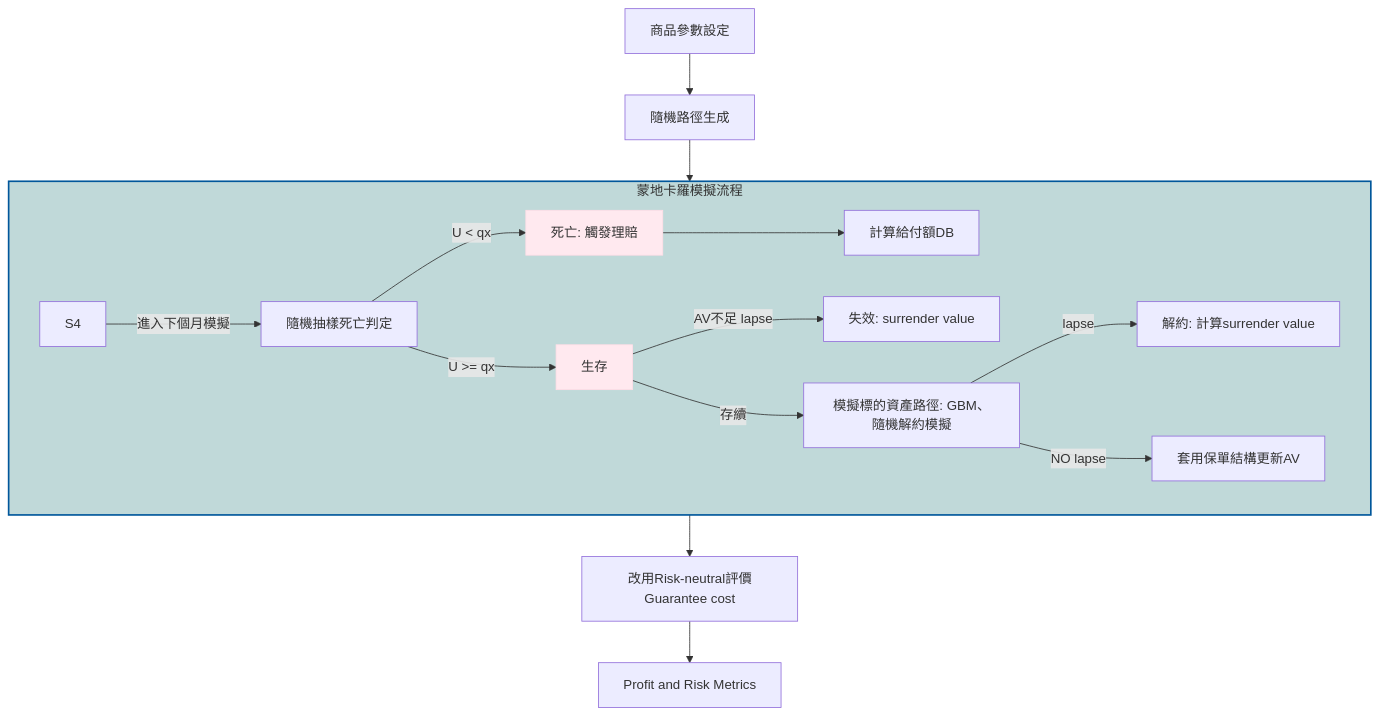
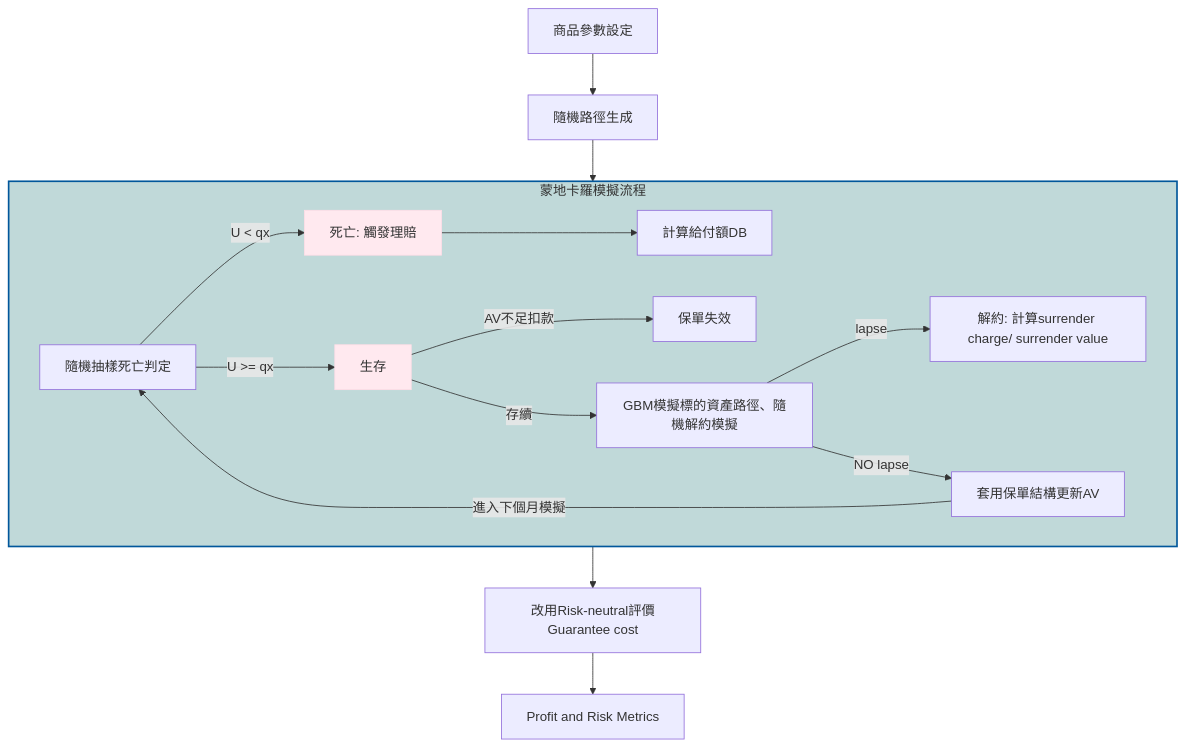
The diagram in README.md (Kai-Yun-Chang/Unit-Linked-Insurance-Product-Simulation-GMDB-Design-Lapse-Behavior-and-Profit-Analysis), drawn with Mermaid before and after one commit.

````diff
--- a/README.md
+++ b/README.md
@@ -49,24 +49,24 @@
 ```mermaid
 graph TD
     %% 主流程
     Input[商品參數設定] --> stochastic[隨機路徑生成]
     stochastic --> Simulation[蒙地卡羅模擬流程]
     Simulation --> Risk-neutral[改用Risk-neutral評價Guarantee cost]
     Risk-neutral --> Result[Profit and Risk Metrics]
 
     %% 蒙地卡羅詳細步驟 (子圖)
     subgraph Simulation [蒙地卡羅模擬流程]
         S1[隨機抽樣死亡判定] -->|U < qx| Dead[死亡: 觸發理賠]
         S1 -->|U >= qx| Alive[生存]
         Dead --> DB[計算給付額DB]
-        Alive --> |AV不足 lapse| Lapse[失效: surrender value]
-        Alive --> |存續|S2[模擬標的資產路徑: GBM、隨機解約模擬]
-        S2 --> |lapse| Lapse2[解約: 計算surrender value]
+        Alive --> |AV不足扣款| Lapse[保單失效]
+        Alive --> |存續|S2[GBM模擬標的資產路徑、隨機解約模擬]
+        S2 --> |lapse| Lapse2[解約: 計算surrender charge/ surrender value]
         S2 --> |NO lapse|S3[套用保單結構更新AV]
-        S4 --> |進入下個月模擬| S1
+        S3 --> |進入下個月模擬| S1
     end
 
     style Dead fill:#ffe9ef,stroke:#ffdee7
     style Alive fill:#ffe9ef,stroke:#ffdee7
     style Simulation fill:#c0d9d9,stroke:#01579b,stroke-width:2px
 ```
````
